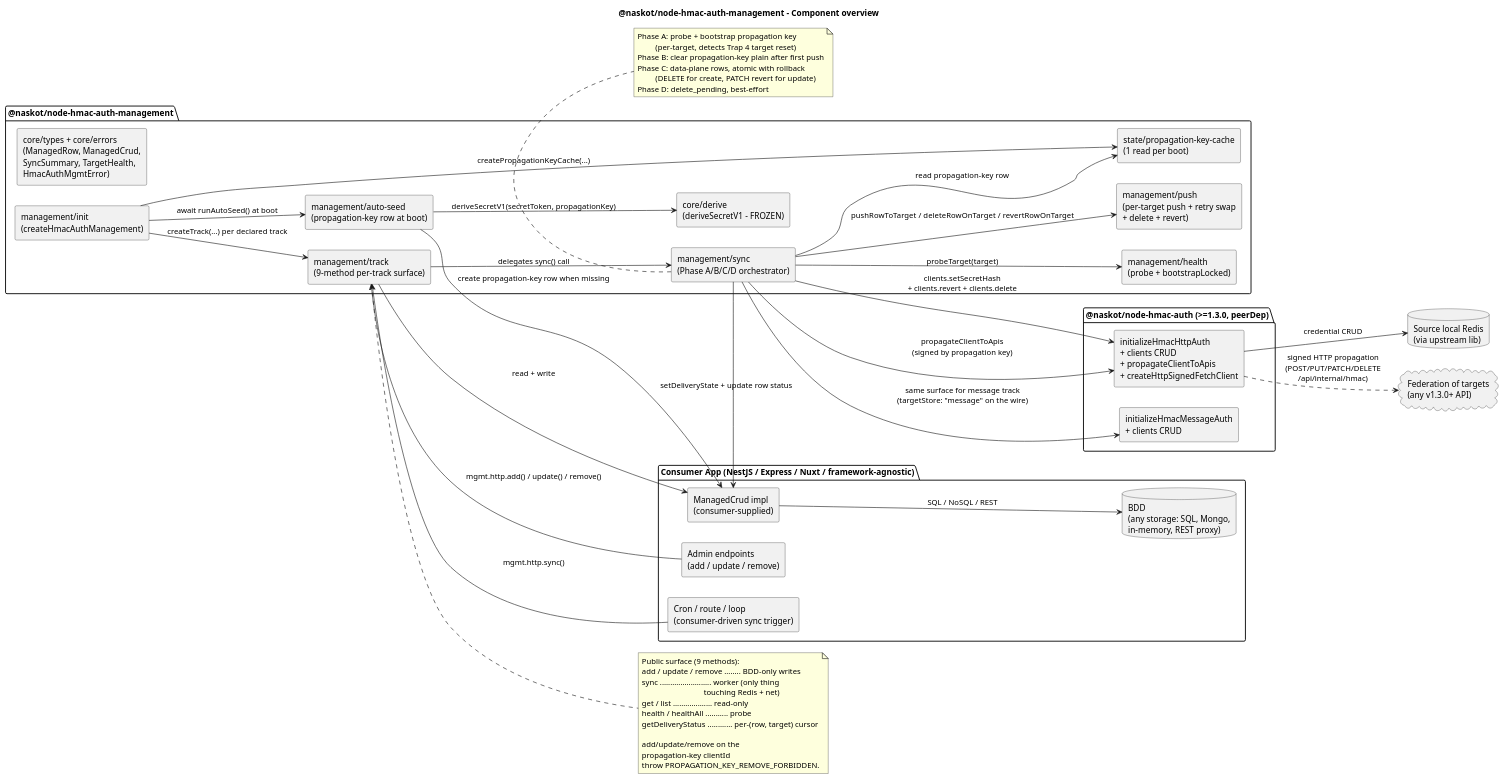
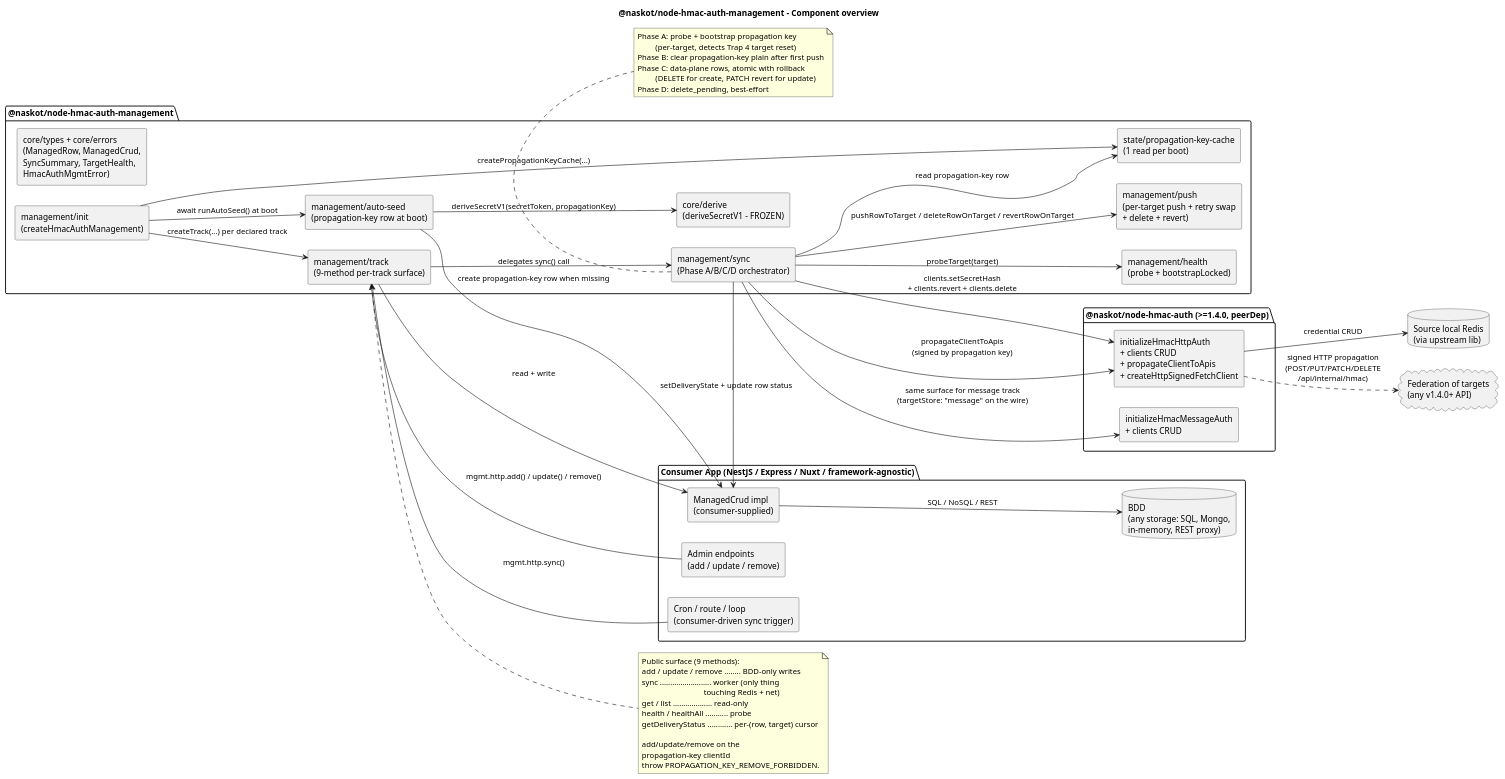
One commit to padcmoi/node-hmac-auth-management changed the diagram in docs/diagrams/architecture.puml. Above: the diagram before and after it, drawn with PlantUML. The commit also changed 5 other files, not shown here.

Commit message:
docs(architecture+express+release-notes+readme+diagrams+changelog): refresh for the 3-table model + heal-and-seed + e2e harness + npm 1.4.0

```diff
--- a/docs/diagrams/architecture.puml
+++ b/docs/diagrams/architecture.puml
@@ -1,84 +1,84 @@
 @startuml architecture
 title @naskot/node-hmac-auth-management - Component overview
 
 skinparam componentStyle rectangle
 skinparam shadowing false
 left to right direction
 
 package "Consumer App (NestJS / Express / Nuxt / framework-agnostic)" as App {
   component "Cron / route / loop\n(consumer-driven sync trigger)" as Trigger
   component "Admin endpoints\n(add / update / remove)" as Admin
   database "BDD\n(any storage: SQL, Mongo,\nin-memory, REST proxy)" as Bdd
   component "ManagedCrud impl\n(consumer-supplied)" as Crud
 }
 
 package "@naskot/node-hmac-auth-management" as Lib {
   component "core/types + core/errors\n(ManagedRow, ManagedCrud,\nSyncSummary, TargetHealth,\nHmacAuthMgmtError)" as Types
   component "core/derive\n(deriveSecretV1 - FROZEN)" as Derive
   component "management/init\n(createHmacAuthManagement)" as Init
   component "management/auto-seed\n(propagation-key row at boot)" as AutoSeed
   component "management/track\n(9-method per-track surface)" as Track
   component "management/sync\n(Phase A/B/C/D orchestrator)" as Sync
   component "management/push\n(per-target push + retry swap\n+ delete + revert)" as Push
   component "management/health\n(probe + bootstrapLocked)" as Health
   component "state/propagation-key-cache\n(1 read per boot)" as Cache
 }
 
-package "@naskot/node-hmac-auth (>=1.3.0, peerDep)" as Upstream {
+package "@naskot/node-hmac-auth (>=1.4.0, peerDep)" as Upstream {
   component "initializeHmacHttpAuth\n+ clients CRUD\n+ propagateClientToApis\n+ createHttpSignedFetchClient" as HttpInit
   component "initializeHmacMessageAuth\n+ clients CRUD" as MsgInit
 }
 
 database "Source local Redis\n(via upstream lib)" as RedisSource
 
-cloud "Federation of targets\n(any v1.3.0+ API)" as Targets
+cloud "Federation of targets\n(any v1.4.0+ API)" as Targets
 
 ' --- consumer wiring ---
 Trigger --> Track : mgmt.http.sync()
 Admin --> Track : mgmt.http.add() / update() / remove()
 Track --> Crud : read + write
 Crud --> Bdd : SQL / NoSQL / REST
 
 ' --- internal wiring ---
 Init --> AutoSeed : await runAutoSeed() at boot
 Init --> Track : createTrack(...) per declared track
 Init --> Cache : createPropagationKeyCache(...)
 AutoSeed --> Derive : deriveSecretV1(secretToken, propagationKey)
 AutoSeed --> Crud : create propagation-key row when missing
 Track --> Sync : delegates sync() call
 Sync --> Cache : read propagation-key row
 Sync --> Health : probeTarget(target)
 Sync --> Push : pushRowToTarget / deleteRowOnTarget / revertRowOnTarget
 Sync --> Crud : setDeliveryState + update row status
 
 ' --- upstream wiring ---
 Sync --> HttpInit : propagateClientToApis\n(signed by propagation key)
 Sync --> HttpInit : clients.setSecretHash\n+ clients.revert + clients.delete
 Sync --> MsgInit : same surface for message track\n(targetStore: "message" on the wire)
 HttpInit --> RedisSource : credential CRUD
 HttpInit ..> Targets : signed HTTP propagation\n(POST/PUT/PATCH/DELETE\n/api/internal/hmac)
 
 note bottom of Sync
   Phase A: probe + bootstrap propagation key
            (per-target, detects Trap 4 target reset)
   Phase B: clear propagation-key plain after first push
   Phase C: data-plane rows, atomic with rollback
            (DELETE for create, PATCH revert for update)
   Phase D: delete_pending, best-effort
 end note
 
 note right of Track
   Public surface (9 methods):
   add / update / remove ........ BDD-only writes
   sync ......................... worker (only thing
                                  touching Redis + net)
   get / list ................... read-only
   health / healthAll ........... probe
   getDeliveryStatus ............ per-(row, target) cursor
 
   add/update/remove on the
   propagation-key clientId
   throw PROPAGATION_KEY_REMOVE_FORBIDDEN.
 end note
 
 @enduml
```
